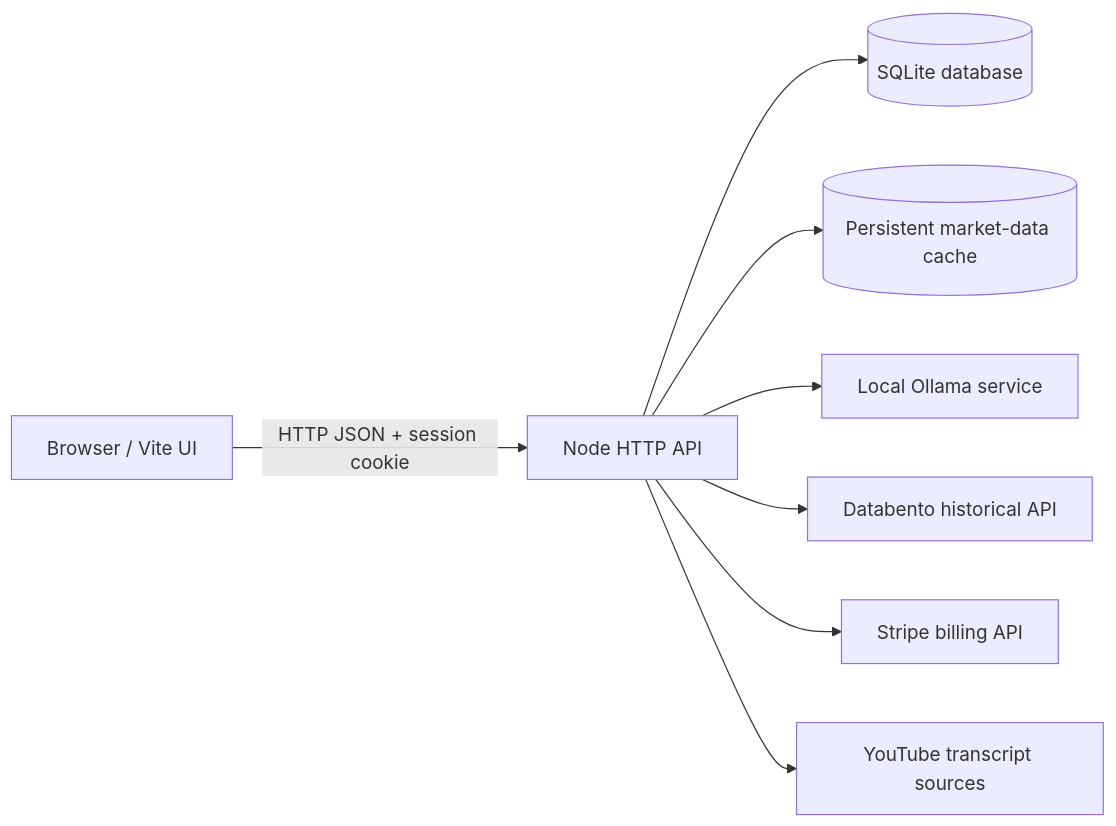
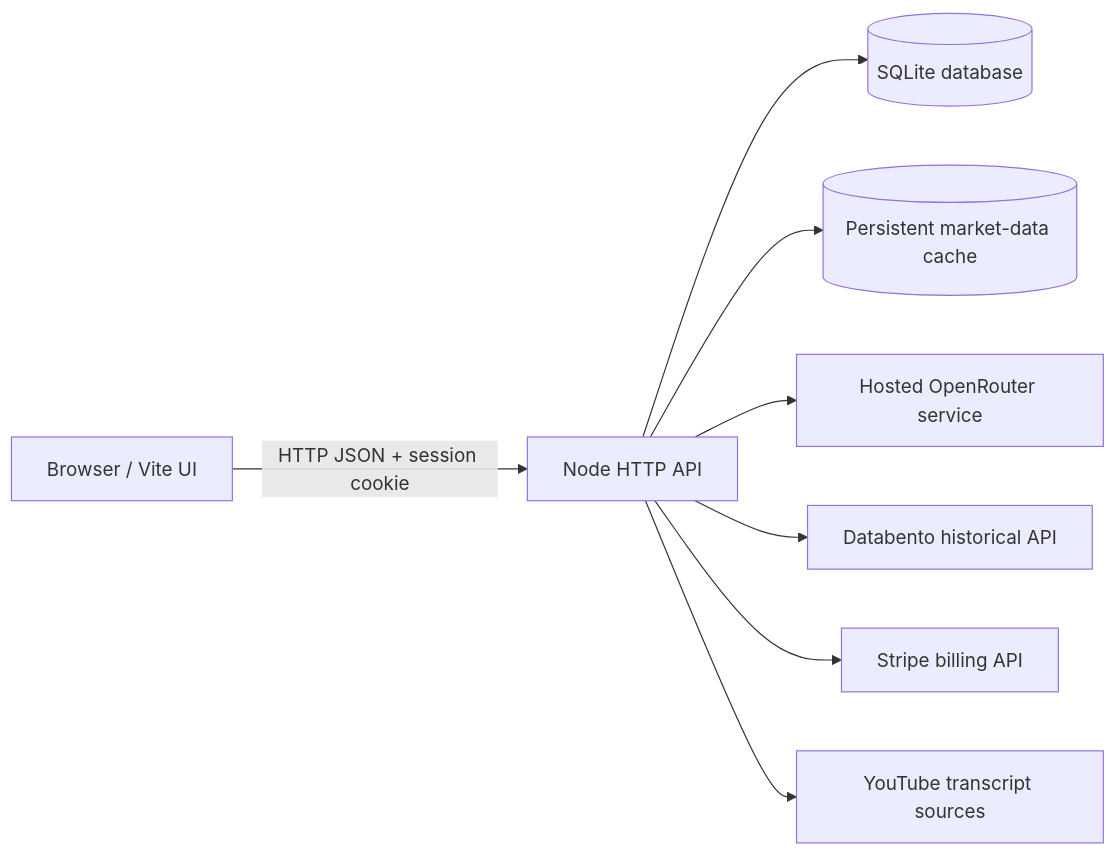
The second of 2 diagrams in SYSTEM_INVENTORY.md (Ppetip/trading-forge), drawn with Mermaid before and after one commit. The commit also changed other lines of this file and 65 other files, not shown here.

````diff
--- a/SYSTEM_INVENTORY.md
+++ b/SYSTEM_INVENTORY.md
@@ -530,10 +530,10 @@
 ```mermaid
 flowchart LR
   Browser[Browser / Vite UI] -->|HTTP JSON + session cookie| API[Node HTTP API]
   API --> SQLite[(SQLite database)]
   API --> Cache[(Persistent market-data cache)]
-  API --> Ollama[Local Ollama service]
+  API --> OpenRouter[Hosted OpenRouter service]
   API --> Databento[Databento historical API]
   API --> Stripe[Stripe billing API]
   API --> YouTube[YouTube transcript sources]
 ```
````
